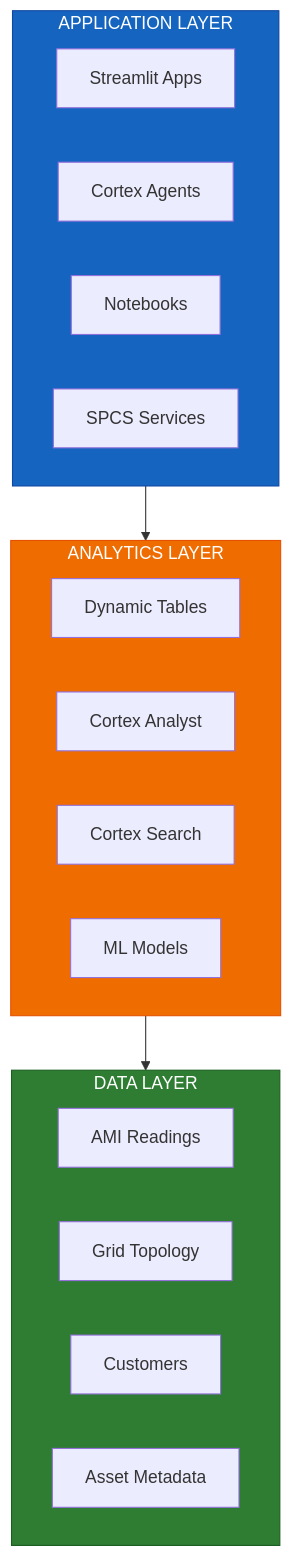
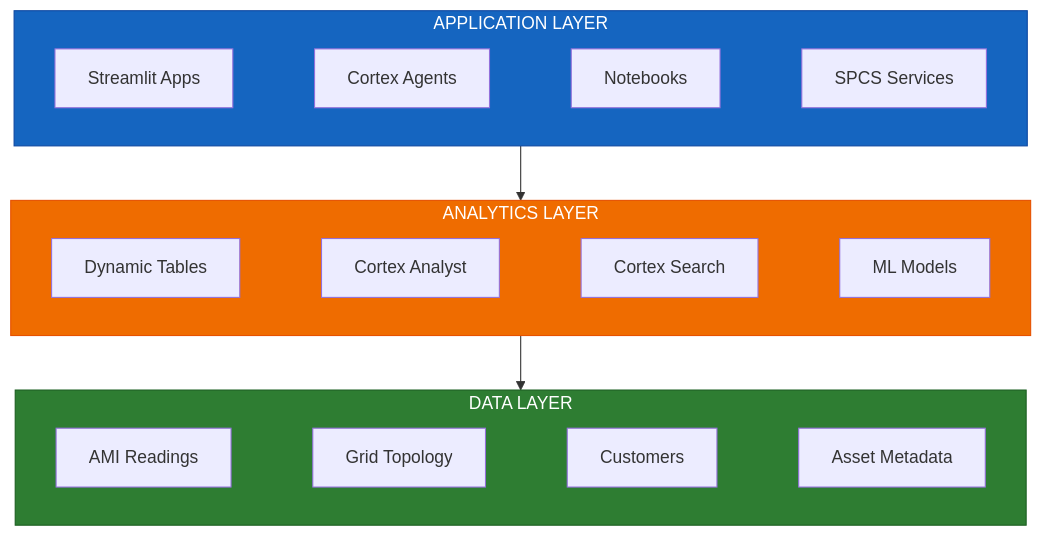
One commit to sfc-gh-abannerjee/flux-utility-solutions changed the diagram in README.md. Above: the diagram before and after it, drawn with Mermaid. The commit also changed 1 other file, not shown here.

Commit message:
Force horizontal layout in subgraphs using invisible links
Use ~~~ (invisible link) syntax to chain items horizontally within each
layer since GitHub's Mermaid doesn't respect direction LR in subgraphs.

.... Generated with [Cortex Code](https://docs.snowflake.com/user-guide/snowflake-cortex/cortex-agents)

````diff
--- a/README.md
+++ b/README.md
@@ -54,32 +54,20 @@
 ```mermaid
 flowchart TB
     subgraph APP["APPLICATION LAYER"]
-        direction LR
-        A1["Streamlit Apps"]
-        A2["Cortex Agents"]
-        A3["Notebooks"]
-        A4["SPCS Services"]
+        A1["Streamlit Apps"] ~~~ A2["Cortex Agents"] ~~~ A3["Notebooks"] ~~~ A4["SPCS Services"]
     end
     
     subgraph ANALYTICS["ANALYTICS LAYER"]
-        direction LR
-        B1["Dynamic Tables"]
-        B2["Cortex Analyst"]
-        B3["Cortex Search"]
-        B4["ML Models"]
+        B1["Dynamic Tables"] ~~~ B2["Cortex Analyst"] ~~~ B3["Cortex Search"] ~~~ B4["ML Models"]
     end
     
     subgraph DATA["DATA LAYER"]
-        direction LR
-        C1["AMI Readings"]
-        C2["Grid Topology"]
-        C3["Customers"]
-        C4["Asset Metadata"]
+        C1["AMI Readings"] ~~~ C2["Grid Topology"] ~~~ C3["Customers"] ~~~ C4["Asset Metadata"]
     end
     
     APP --> ANALYTICS --> DATA
     
     style APP fill:#1565c0,color:#fff,stroke:#0d47a1
     style ANALYTICS fill:#ef6c00,color:#fff,stroke:#e65100
     style DATA fill:#2e7d32,color:#fff,stroke:#1b5e20
 ```
````
